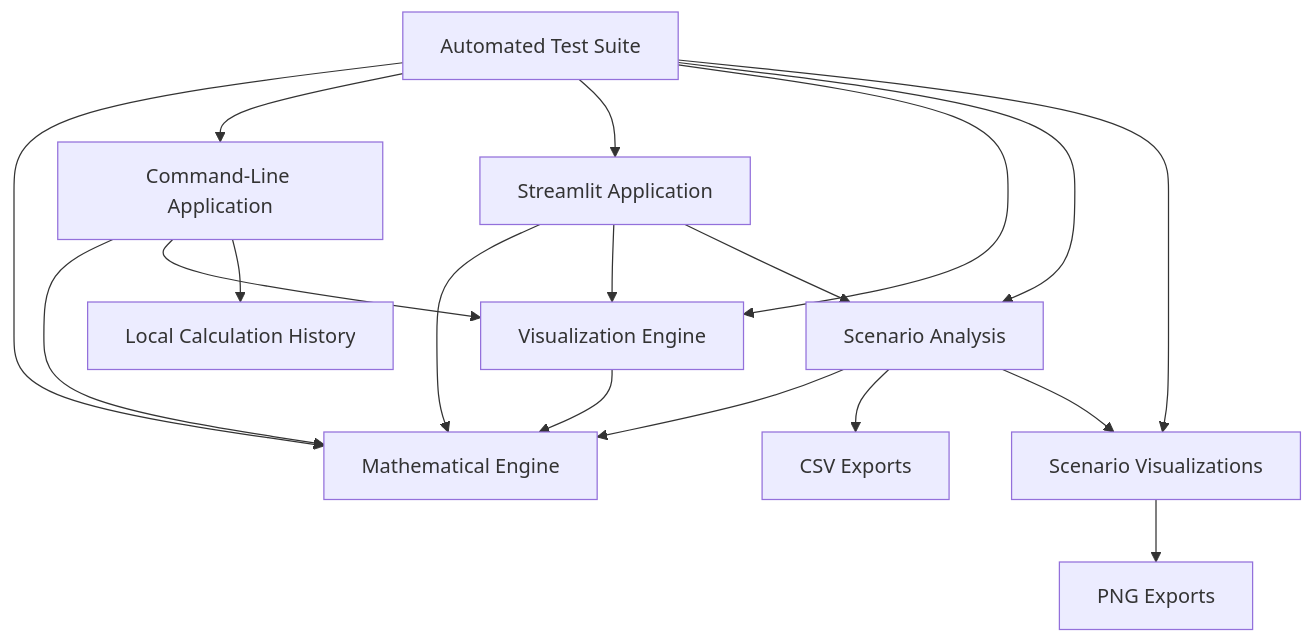
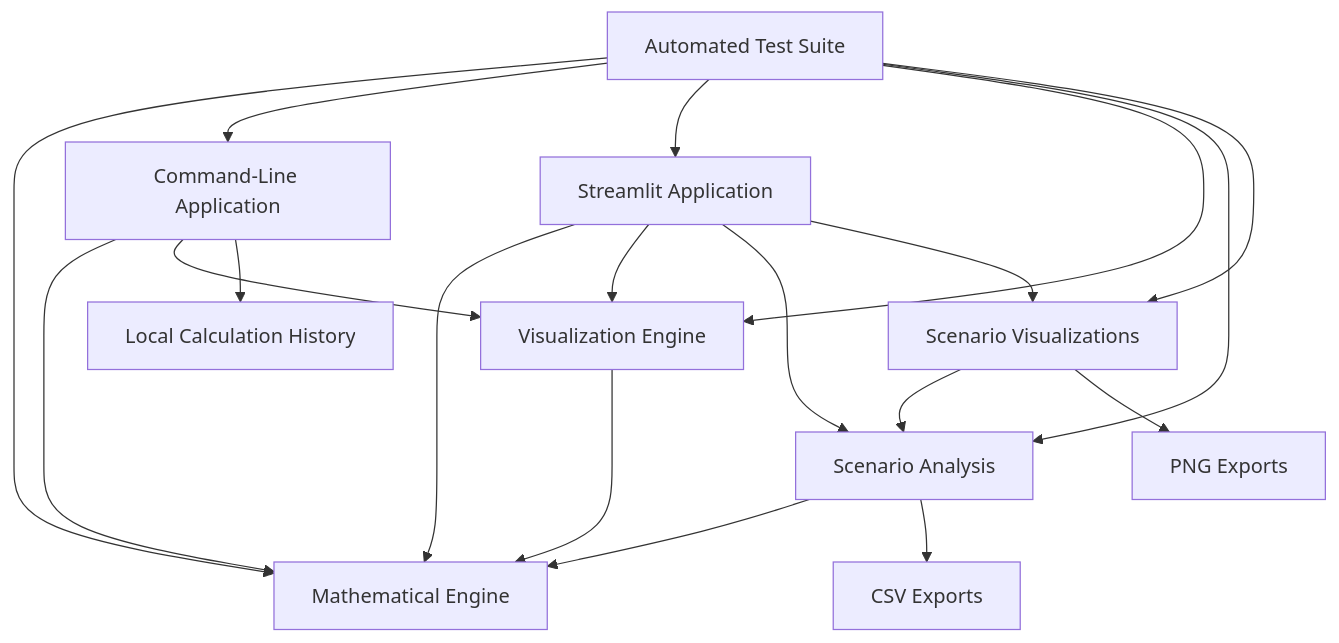
One commit to LakshSuri/finance-calculator changed the diagram in README.md. Above: the diagram before and after it, drawn with Mermaid. The commit also changed other lines of this file, not shown here.

````diff
--- a/README.md
+++ b/README.md
@@ -439,20 +444,21 @@
 ```mermaid
 flowchart TD
     A[Command-Line Application] --> B[Mathematical Engine]
     C[Streamlit Application] --> B
     A --> D[Visualization Engine]
     A --> E[Local Calculation History]
     C --> D
     C --> F[Scenario Analysis]
     F --> B
     D --> B
     F --> G[CSV Exports]
-    F --> H[Scenario Visualizations]
+    H[Scenario Visualizations] --> F
+    C --> H
     H --> I[PNG Exports]
     J[Automated Test Suite] --> B
     J --> A
     J --> C
     J --> D
     J --> F
     J --> H
 ```
````
